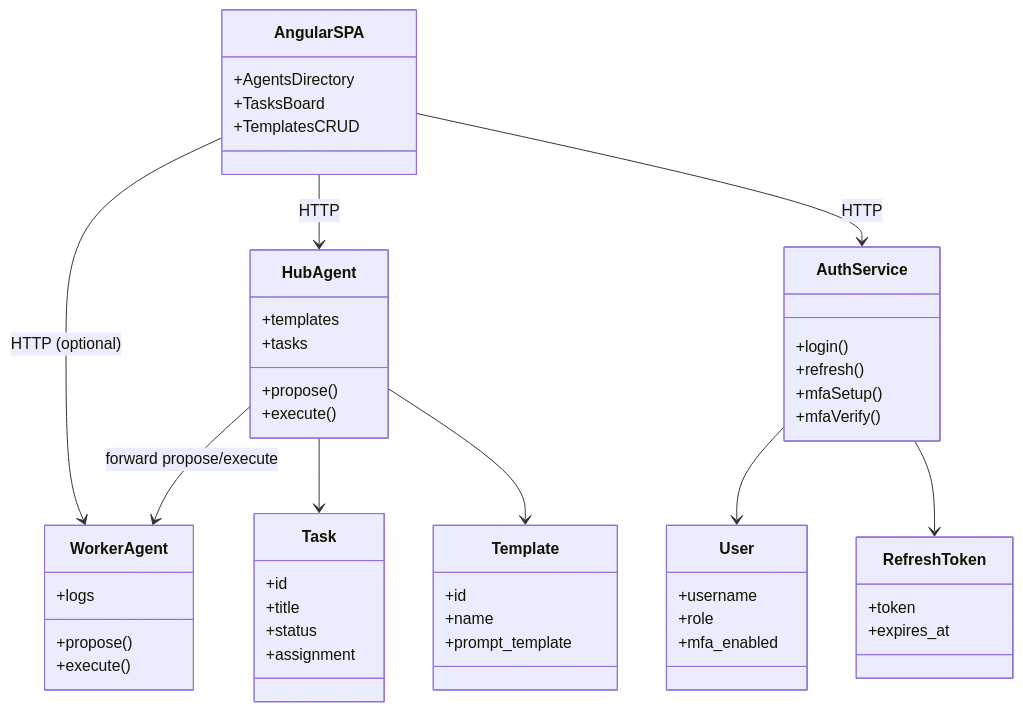
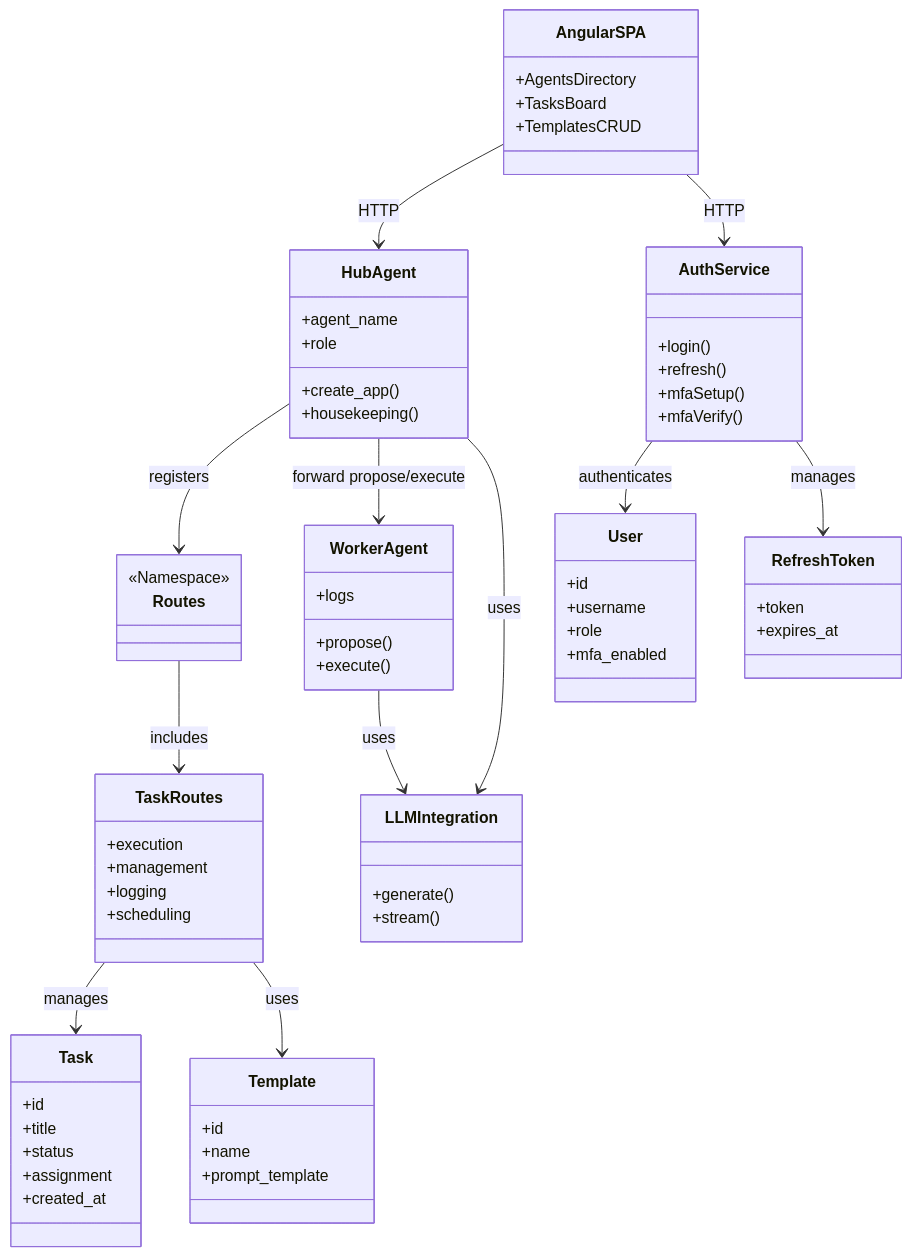
The diagram in architektur/uml/backend-class-diagram.mmd (ananta888/ananta), drawn with Mermaid before and after one commit. The commit also changed 3 other files, not shown here.

Commit message:
Refactor UML diagrams to integrate a dedicated LLM integration layer, update class structures, and revise todo.json with new bug tracking on LLM retry failures.

```diff
--- a/architektur/uml/backend-class-diagram.mmd
+++ b/architektur/uml/backend-class-diagram.mmd
@@ -1,52 +1,70 @@
 classDiagram
     class AngularSPA {
         +AgentsDirectory
         +TasksBoard
         +TemplatesCRUD
     }
     class HubAgent {
-        +templates
-        +tasks
-        +propose()
-        +execute()
+        +agent_name
+        +role
+        +create_app()
+        +housekeeping()
+    }
+    class Routes {
+        <<Namespace>>
+    }
+    class TaskRoutes {
+        +execution
+        +management
+        +logging
+        +scheduling
     }
     class AuthService {
         +login()
         +refresh()
         +mfaSetup()
         +mfaVerify()
     }
     class WorkerAgent {
         +propose()
         +execute()
         +logs
     }
     class User {
+        +id
         +username
         +role
         +mfa_enabled
     }
     class RefreshToken {
         +token
         +expires_at
     }
     class Task {
         +id
         +title
         +status
         +assignment
+        +created_at
     }
     class Template {
         +id
         +name
         +prompt_template
     }
+    class LLMIntegration {
+        +generate()
+        +stream()
+    }
 
     AngularSPA --> HubAgent : HTTP
     AngularSPA --> AuthService : HTTP
-    AngularSPA --> WorkerAgent : HTTP (optional)
+    HubAgent --> Routes : registers
+    Routes --> TaskRoutes : includes
     HubAgent --> WorkerAgent : forward propose/execute
-    HubAgent --> Task
-    HubAgent --> Template
-    AuthService --> User
-    AuthService --> RefreshToken
+    TaskRoutes --> Task : manages
+    TaskRoutes --> Template : uses
+    AuthService --> User : authenticates
+    AuthService --> RefreshToken : manages
+    HubAgent --> LLMIntegration : uses
+    WorkerAgent --> LLMIntegration : uses
```
